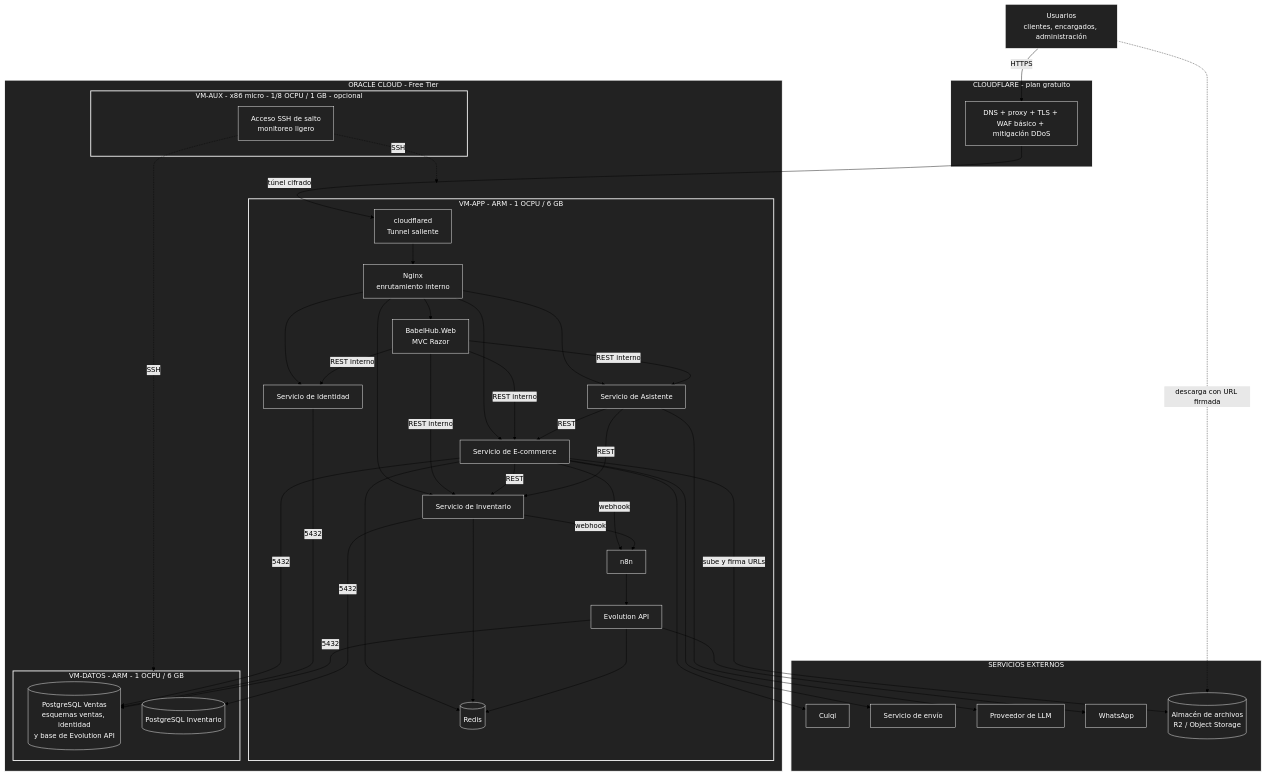
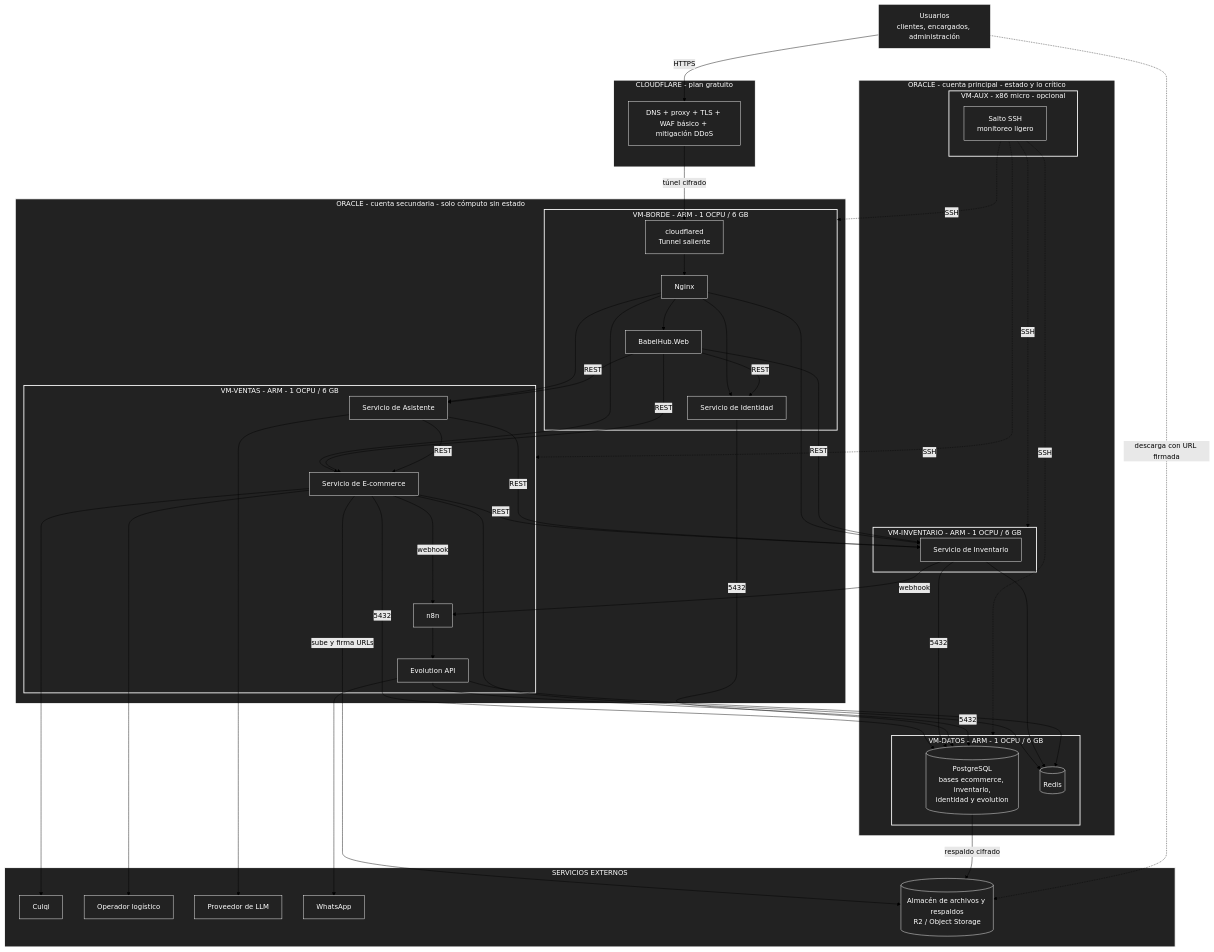
The diagram in docs/02-arquitectura-de-software/05-despliegue.md (P35C4D0R4B1050/BabelHub), drawn with Mermaid (forest theme) before and after one commit. The commit also changed other lines of this file and 24 other files, not shown here.

```diff
--- a/docs/02-arquitectura-de-software/05-despliegue.md
+++ b/docs/02-arquitectura-de-software/05-despliegue.md
@@ -26,34 +54,40 @@
 CFE["DNS + proxy + TLS + WAF básico + mitigación DDoS"]
 end
 
-subgraph OCI["ORACLE CLOUD - Free Tier"]
-subgraph APP["VM-APP - ARM - 1 OCPU / 6 GB"]
+subgraph SEC["ORACLE - cuenta secundaria - solo cómputo sin estado"]
+subgraph BOR["VM-BORDE - ARM - 1 OCPU / 6 GB"]
 CFD["cloudflared<br/>Tunnel saliente"]
-NGX["Nginx<br/>enrutamiento interno"]
-WEB["BabelHub.Web<br/>MVC Razor"]
+NGX["Nginx"]
+WEB["BabelHub.Web"]
+IDE["Servicio de Identidad"]
+end
+subgraph VEN["VM-VENTAS - ARM - 1 OCPU / 6 GB"]
 ECO["Servicio de E-commerce"]
-INV["Servicio de Inventario"]
-IDE["Servicio de Identidad"]
 ASI["Servicio de Asistente"]
 N8N["n8n"]
 EVO["Evolution API"]
+end
+end
+
+subgraph PRI["ORACLE - cuenta principal - estado y lo crítico"]
+subgraph INVM["VM-INVENTARIO - ARM - 1 OCPU / 6 GB"]
+INV["Servicio de Inventario"]
+end
+subgraph DAT["VM-DATOS - ARM - 1 OCPU / 6 GB"]
+PG[("PostgreSQL<br/>bases ecommerce, inventario,<br/>identidad y evolution")]
 RED[("Redis")]
 end
-subgraph DAT["VM-DATOS - ARM - 1 OCPU / 6 GB"]
-DBV[("PostgreSQL Ventas<br/>esquemas ventas, identidad<br/>y base de Evolution API")]
-DBI[("PostgreSQL Inventario")]
-end
-subgraph AUX["VM-AUX - x86 micro - 1/8 OCPU / 1 GB - opcional"]
-BAS["Acceso SSH de salto<br/>monitoreo ligero"]
+subgraph AUX["VM-AUX - x86 micro - opcional"]
+BAS["Salto SSH<br/>monitoreo ligero"]
 end
 end
 
 subgraph EXT["SERVICIOS EXTERNOS"]
 PAG["Culqi"]
-ENV["Servicio de envío"]
+ENV["Operador logístico"]
 LLM["Proveedor de LLM"]
 WA["WhatsApp"]
-ALM[("Almacén de archivos<br/>R2 / Object Storage")]
+ALM[("Almacén de archivos y respaldos<br/>R2 / Object Storage")]
 end
 
 USR -->|"HTTPS"| CFE
@@ -64,35 +98,41 @@
 NGX --> INV
 NGX --> IDE
 NGX --> ASI
-WEB -->|"REST interno"| ECO
-WEB -->|"REST interno"| INV
-WEB -->|"REST interno"| IDE
-WEB -->|"REST interno"| ASI
+WEB -->|"REST"| ECO
+WEB -->|"REST"| INV
+WEB -->|"REST"| IDE
+WEB -->|"REST"| ASI
 ECO -->|"REST"| INV
 ASI -->|"REST"| ECO
 ASI -->|"REST"| INV
+ECO -->|"5432"| PG
+INV -->|"5432"| PG
+IDE -->|"5432"| PG
+EVO -->|"5432"| PG
 ECO --> RED
 INV --> RED
 EVO --> RED
-ECO -->|"5432"| DBV
-IDE -->|"5432"| DBV
-EVO -->|"5432"| DBV
-INV -->|"5432"| DBI
 ECO -->|"webhook"| N8N
 INV -->|"webhook"| N8N
 N8N --> EVO
 EVO --> WA
 ECO -->|"sube y firma URLs"| ALM
+PG -->|"respaldo cifrado"| ALM
 USR -.->|"descarga con URL firmada"| ALM
 ECO --> PAG
 ECO --> ENV
 ASI --> LLM
-BAS -.->|"SSH"| APP
+BAS -.->|"SSH"| BOR
+BAS -.->|"SSH"| VEN
+BAS -.->|"SSH"| INVM
 BAS -.->|"SSH"| DAT
 
 style CF fill:#222,stroke:#fff,stroke-width:2px,color:#fff
-style OCI fill:#222,stroke:#fff,stroke-width:2px,color:#fff
-style APP fill:#222,stroke:#fff,stroke-width:2px,color:#fff
+style SEC fill:#222,stroke:#fff,stroke-width:2px,color:#fff
+style PRI fill:#222,stroke:#fff,stroke-width:2px,color:#fff
+style BOR fill:#222,stroke:#fff,stroke-width:2px,color:#fff
+style VEN fill:#222,stroke:#fff,stroke-width:2px,color:#fff
+style INVM fill:#222,stroke:#fff,stroke-width:2px,color:#fff
 style DAT fill:#222,stroke:#fff,stroke-width:2px,color:#fff
 style AUX fill:#222,stroke:#fff,stroke-width:2px,color:#fff
 style EXT fill:#222,stroke:#fff,stroke-width:2px,color:#fff
@@ -110,8 +150,7 @@
 style IDE fill:#222,stroke:#fff,color:#fff
 style ASI fill:#222,stroke:#fff,color:#fff
 style RED fill:#222,stroke:#fff,color:#fff
-style DBV fill:#222,stroke:#fff,color:#fff
-style DBI fill:#222,stroke:#fff,color:#fff
+style PG fill:#222,stroke:#fff,color:#fff
 style BAS fill:#222,stroke:#fff,color:#fff
 style PAG fill:#222,stroke:#fff,color:#fff
 style ENV fill:#222,stroke:#fff,color:#fff
```
